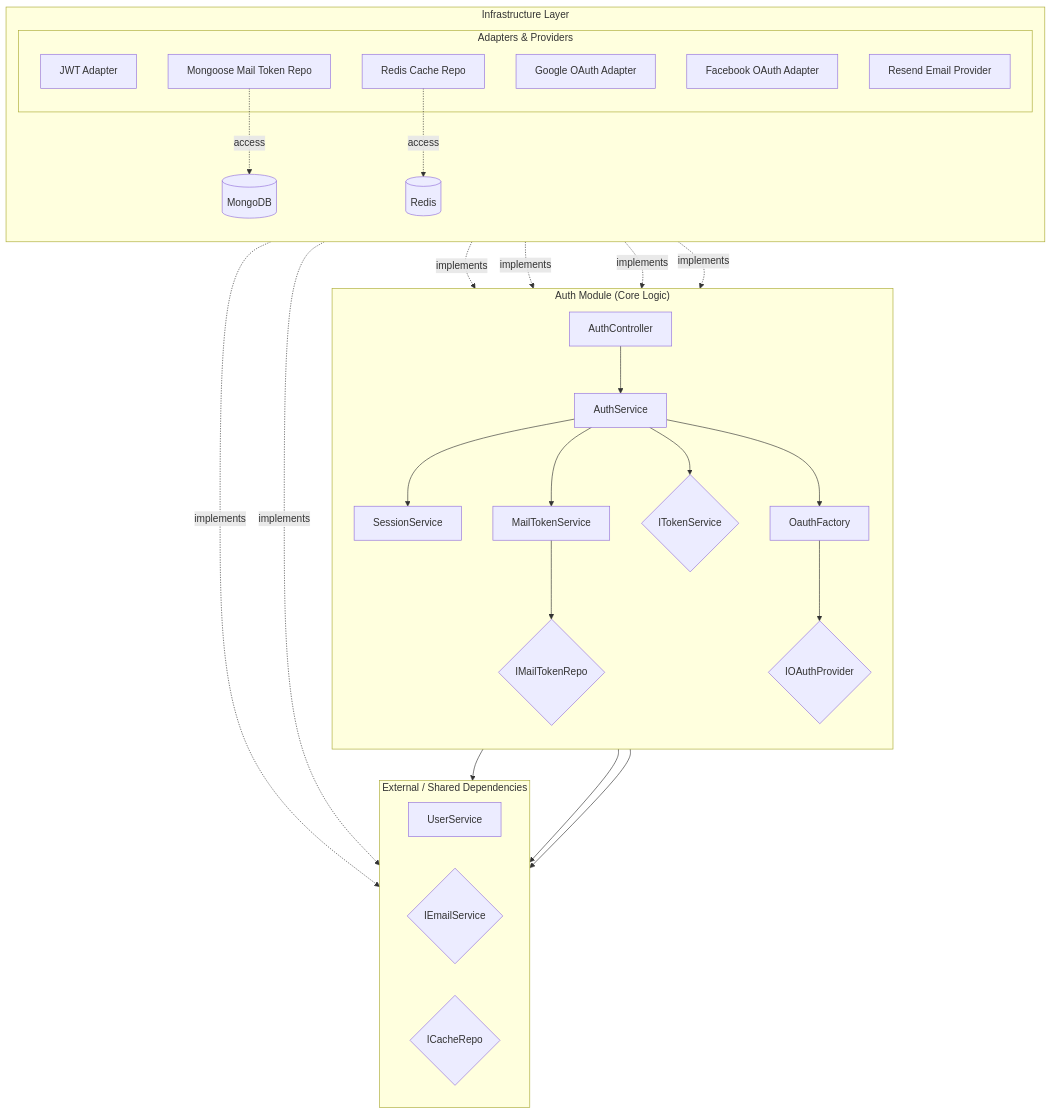
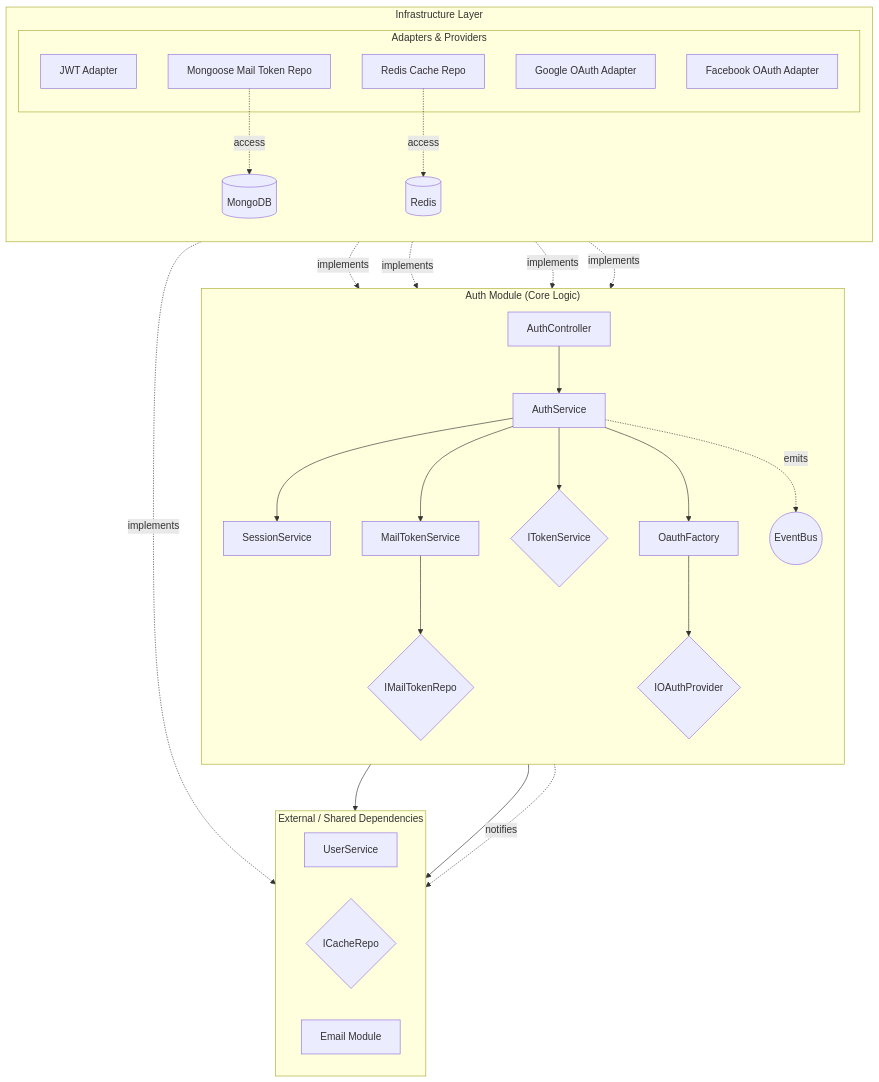
The first of 8 diagrams in server/src/modules/auth/README.md (SangHynh/atomecom), drawn with Mermaid before and after one commit. The commit also changed other lines of this file and 35 other files, not shown here.

First line of the commit message:
refactor: enhance project architecture, security, and error handling

````diff
--- a/server/src/modules/auth/README.md
+++ b/server/src/modules/auth/README.md
@@ -45,61 +46,61 @@
 ```mermaid
 flowchart TD
     subgraph Core["Auth Module (Core Logic)"]
         direction TB
         AC[AuthController]
         AS[AuthService]
         SS[SessionService]
         MTS[MailTokenService]
         OF[OauthFactory]
+        EB((EventBus))
         IOP{IOAuthProvider}
         ITK{ITokenService}
         IMR{IMailTokenRepo}
     end
 
     subgraph External["External / Shared Dependencies"]
         direction LR
         US[UserService]
-        IES{IEmailService}
         ICR{ICacheRepo}
+        EM[Email Module]
     end
 
     subgraph Infra["Infrastructure Layer"]
         direction TB
         subgraph Adapters["Adapters & Providers"]
             JTA[JWT Adapter]
             GOA[Google OAuth Adapter]
             FOA[Facebook OAuth Adapter]
-            SMTP[Resend Email Provider]
             MTR[Mongoose Mail Token Repo]
             RCR[Redis Cache Repo]
         end
         DB[(MongoDB)]
         RD[(Redis)]
     end
 
     %% Main business flow
     AC --> AS
     AS --> SS
     AS --> MTS
     AS --> ITK
     AS --> US
     AS --> OF
+    AS -. "emits" .-> EB((EventBus))
     
     %% Service usage
     SS --> ICR
     MTS --> IMR
-    AS --> IES
     OF --> IOP
+    EB -. "notifies" .-> EM[Email Module]
 
     %% Dependency Inversion (Realization)
     JTA -. "implements" .-> ITK
-    SMTP -. "implements" .-> IES
     MTR -. "implements" .-> IMR
     RCR -. "implements" .-> ICR
     GOA -. "implements" .-> IOP
     FOA -. "implements" .-> IOP
 
     %% External Data Access
     MTR -. "access" .-> DB
     RCR -. "access" .-> RD
 ```
````
